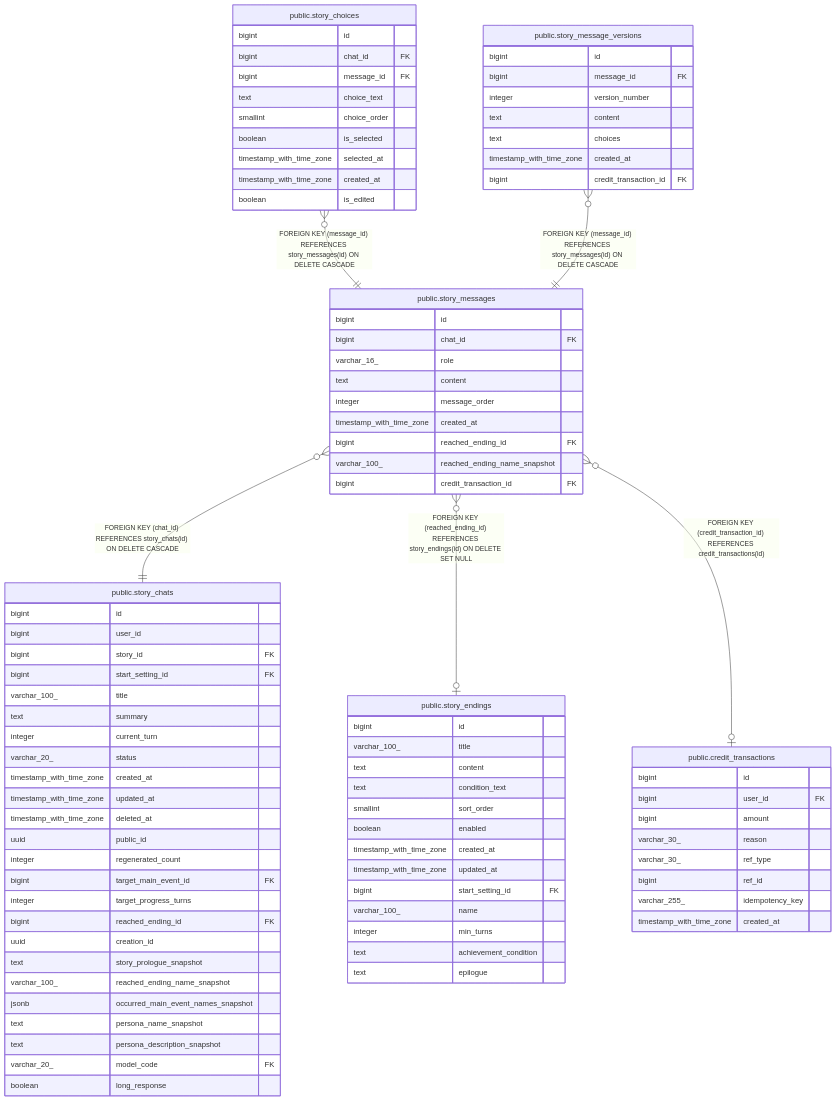
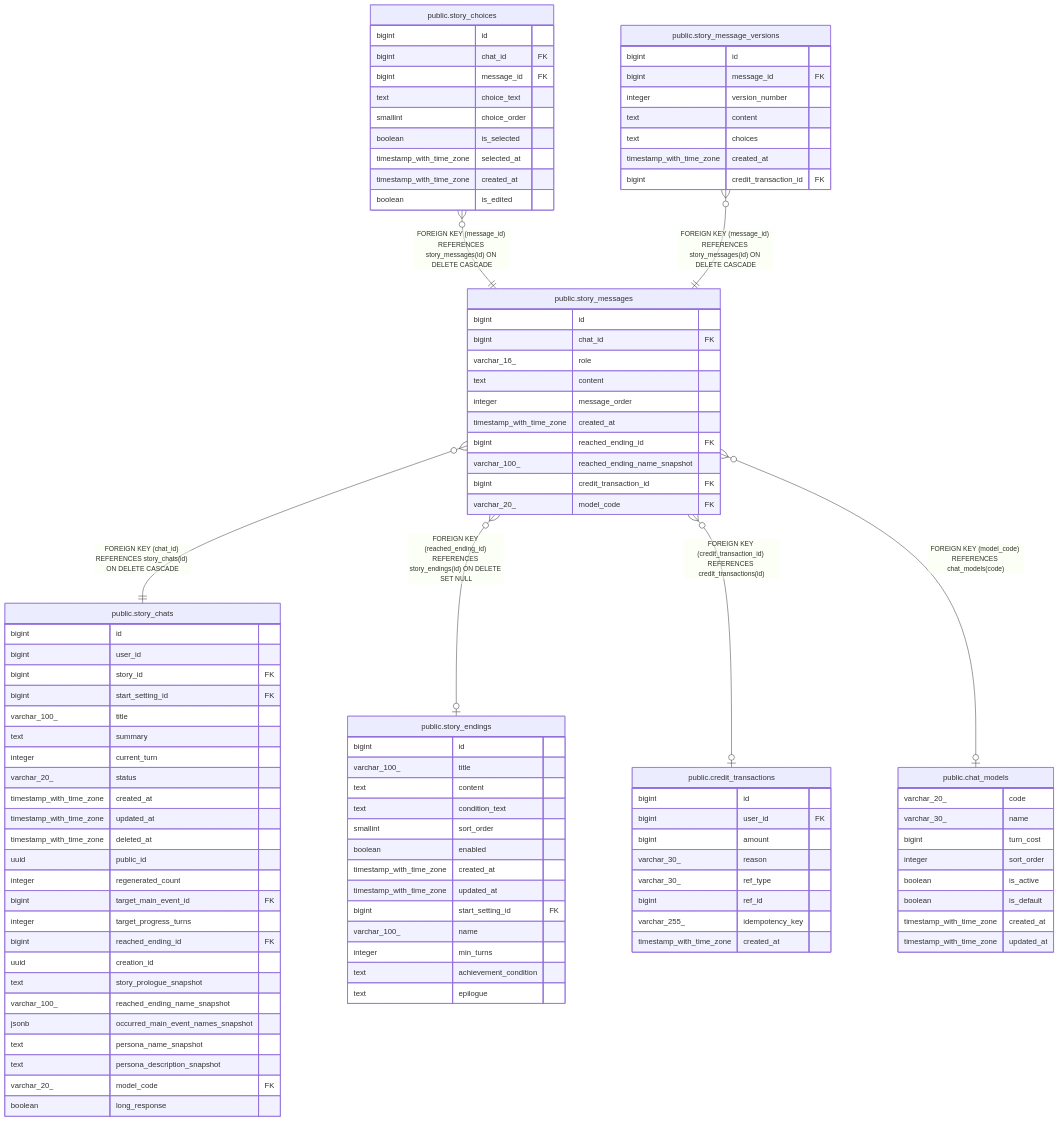
The diagram in dbdoc/public.story_messages.md (KIM-N-KANG/manyak-server), drawn with Mermaid before and after one commit. The commit also changed other lines of this file and 33 other files, not shown here.

````diff
--- a/dbdoc/public.story_messages.md
+++ b/dbdoc/public.story_messages.md
@@ -46,6 +48,7 @@
 "public.story_messages" }o--|| "public.story_chats" : "FOREIGN KEY (chat_id) REFERENCES story_chats(id) ON DELETE CASCADE"
 "public.story_messages" }o--o| "public.story_endings" : "FOREIGN KEY (reached_ending_id) REFERENCES story_endings(id) ON DELETE SET NULL"
 "public.story_messages" }o--o| "public.credit_transactions" : "FOREIGN KEY (credit_transaction_id) REFERENCES credit_transactions(id)"
+"public.story_messages" }o--o| "public.chat_models" : "FOREIGN KEY (model_code) REFERENCES chat_models(code)"
 
 "public.story_messages" {
   bigint id
@@ -57,6 +60,7 @@
   bigint reached_ending_id FK
   varchar_100_ reached_ending_name_snapshot
   bigint credit_transaction_id FK
+  varchar_20_ model_code FK
 }
 "public.story_choices" {
   bigint id
@@ -129,4 +133,14 @@
   varchar_255_ idempotency_key
   timestamp_with_time_zone created_at
 }
+"public.chat_models" {
+  varchar_20_ code
+  varchar_30_ name
+  bigint turn_cost
+  integer sort_order
+  boolean is_active
+  boolean is_default
+  timestamp_with_time_zone created_at
+  timestamp_with_time_zone updated_at
+}
 ```
````
